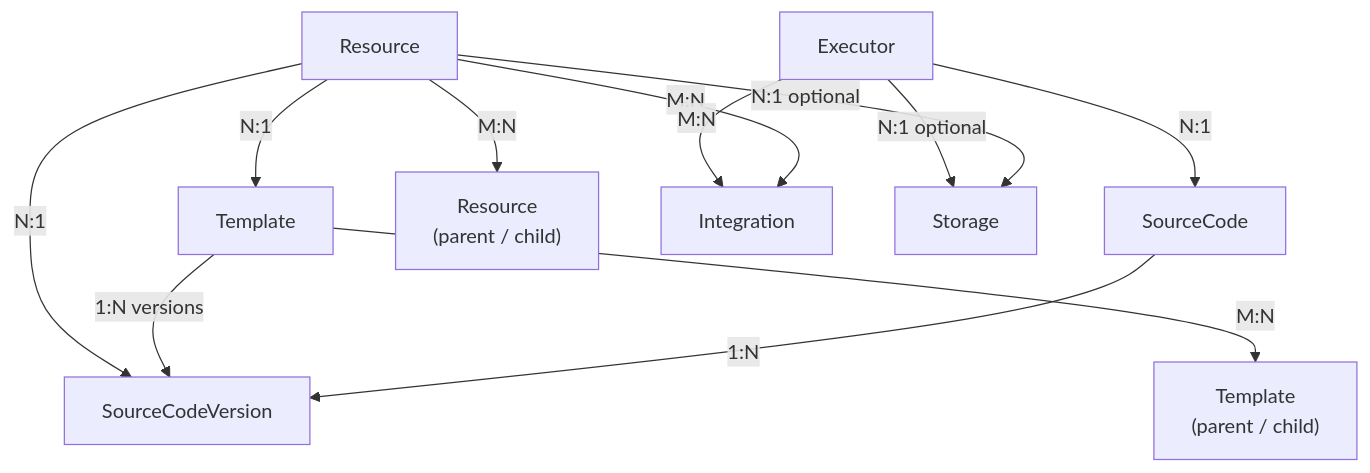
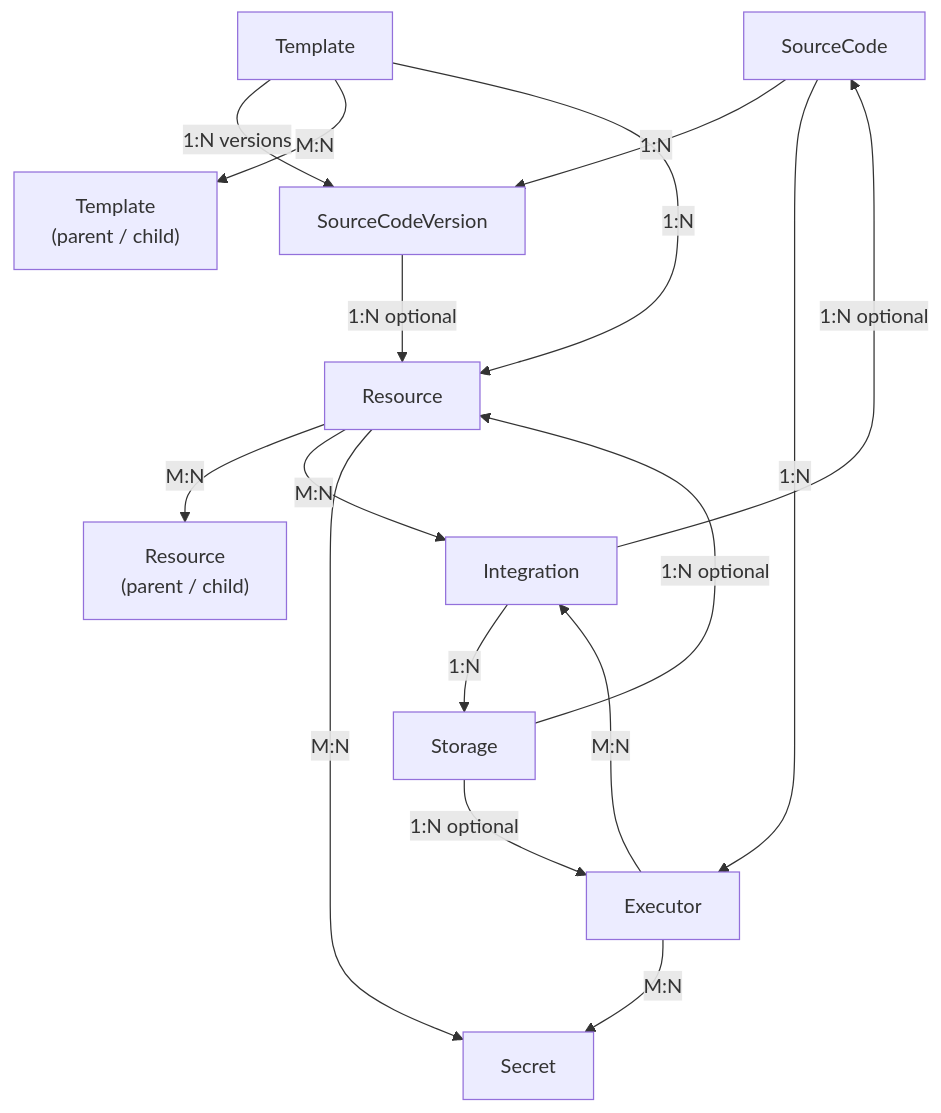
One commit to electrolux-oss/infrakitchen changed the fourth of 4 diagrams in docs/architecture.mdx. Above: the diagram before and after it, drawn with Mermaid. The commit also changed other lines of this file and 3 other files, not shown here.

````diff
--- a/docs/architecture.mdx
+++ b/docs/architecture.mdx
@@ -120,19 +177,23 @@
 ```mermaid
 ---
 config:
   themeVariables:
     fontFamily: "ui-sans-serif, system-ui, sans-serif"
 ---
 flowchart TD
     SC["SourceCode"] -->|1:N| SCV["SourceCodeVersion"]
     T["Template"] -->|1:N versions| SCV
     T -->|M:N| T2["Template<br/>(parent / child)"]
-    R["Resource"] -->|N:1| T
-    R -->|N:1| SCV
+    T -->|1:N| R["Resource"]
+    SCV -->|1:N optional| R
     R -->|M:N| R2["Resource<br/>(parent / child)"]
     R -->|M:N| I["Integration"]
     E["Executor"] -->|M:N| I
-    E -->|N:1| SC
-    R -->|N:1 optional| ST["Storage"]
-    E -->|N:1 optional| ST
+    SC -->|1:N| E
+    ST["Storage"] -->|1:N optional| R
+    ST -->|1:N optional| E
+    I -->|1:N optional| SC
+    I -->|1:N| ST
+    R -->|M:N| SEC["Secret"]
+    E -->|M:N| SEC
 ```
````
